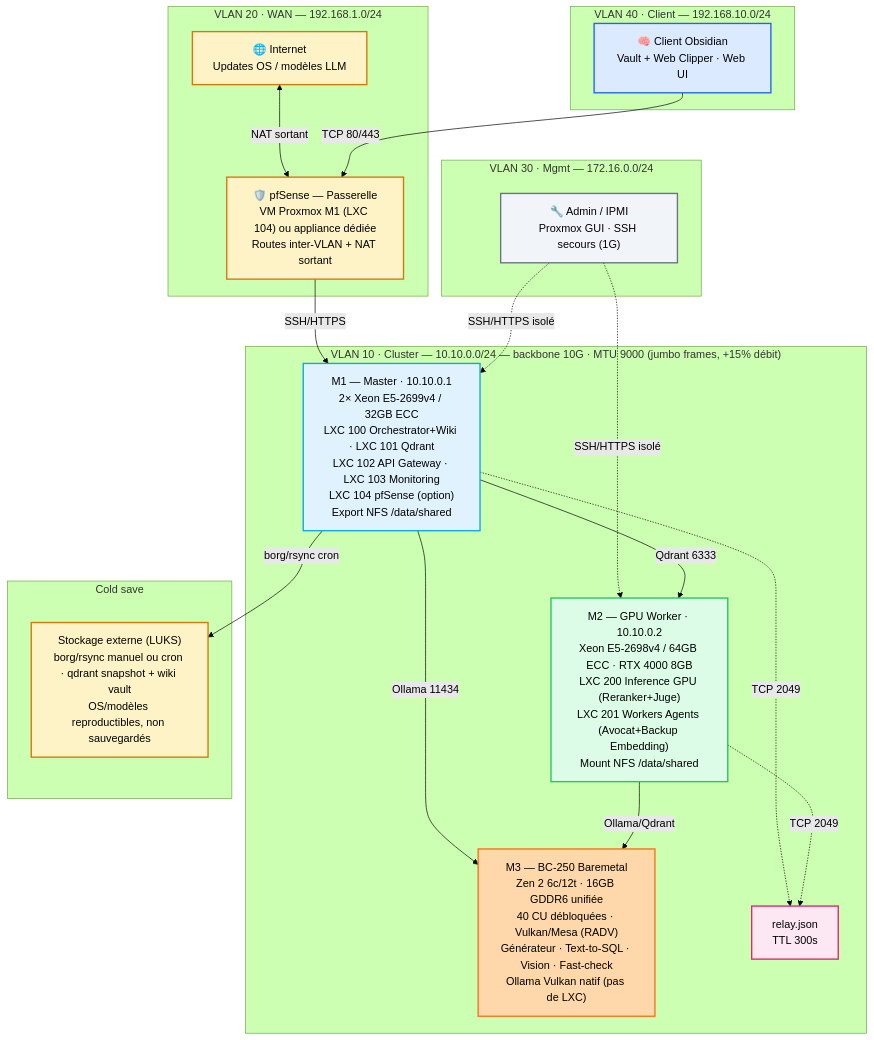
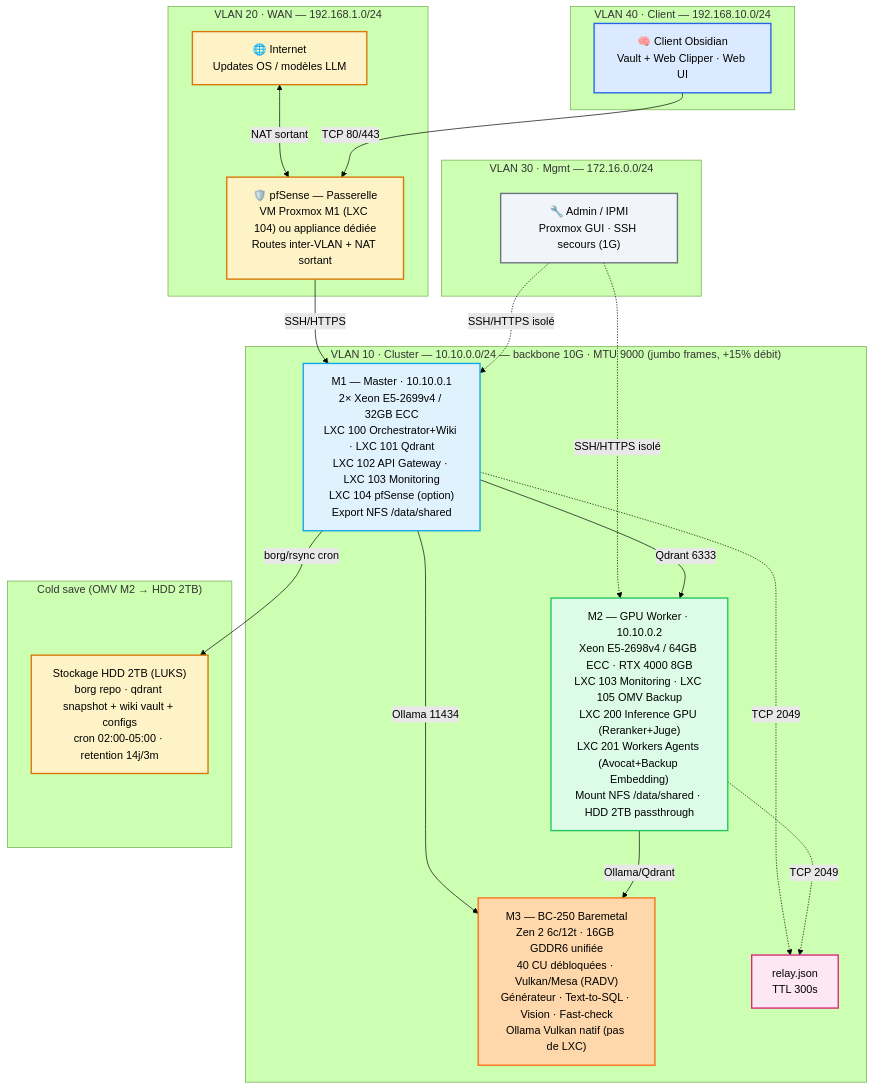
The fifth of 6 diagrams in README.md (chelmooz/rag-multi-agent-cluster), drawn with Mermaid (forest theme) before and after one commit. The commit also changed other lines of this file and 6 other files, not shown here.

Commit message:
docs: backup OMV restauré M2 LXC 105 (HDD 2TB) + diagrams & backlog à jour, nginx retiré (pfSense reverse proxy)

````diff
--- a/README.md
+++ b/README.md
@@ -239,47 +267,47 @@
 ```mermaid
 flowchart TB
     classDef wan fill:#fef3c7,stroke:#d97706,stroke-width:2px
     classDef client fill:#dbeafe,stroke:#2563eb,stroke-width:2px
     classDef mgmt fill:#f1f5f9,stroke:#6b7280,stroke-width:2px
     classDef m1 fill:#e0f2fe,stroke:#0ea5e9,stroke-width:2px
     classDef m2 fill:#dcfce7,stroke:#22c55e,stroke-width:2px
     classDef m3 fill:#fed7aa,stroke:#f97316,stroke-width:2px
     classDef relay fill:#fce7f3,stroke:#db2777,stroke-width:2px
     classDef cold fill:#fef3c7,stroke:#d97706,stroke-width:2px
 
     subgraph VLAN20["VLAN 20 · WAN — 192.168.1.0/24"]
         Internet["🌐 Internet<br/>Updates OS / modèles LLM"]:::wan
         pfSense["🛡️ pfSense — Passerelle<br/>VM Proxmox M1 (LXC 104) ou appliance dédiée<br/>Routes inter-VLAN + NAT sortant"]:::wan
     end
 
     subgraph VLAN40["VLAN 40 · Client — 192.168.10.0/24"]
         Obsidian["🧠 Client Obsidian<br/>Vault + Web Clipper · Web UI"]:::client
     end
 
     subgraph VLAN30["VLAN 30 · Mgmt — 172.16.0.0/24"]
         Admin["🔧 Admin / IPMI<br/>Proxmox GUI · SSH secours (1G)"]:::mgmt
     end
 
-    subgraph VLAN10["VLAN 10 · Cluster — 10.10.0.0/24 — backbone 10G · MTU 9000 (jumbo frames, +15% débit)"]
+subgraph VLAN10["VLAN 10 · Cluster — 10.10.0.0/24 — backbone 10G · MTU 9000 (jumbo frames, +15% débit)"]
         M1["M1 — Master · 10.10.0.1<br/>2× Xeon E5-2699v4 / 32GB ECC<br/>LXC 100 Orchestrator+Wiki · LXC 101 Qdrant<br/>LXC 102 API Gateway · LXC 103 Monitoring<br/>LXC 104 pfSense (option)<br/>Export NFS /data/shared"]:::m1
-        M2["M2 — GPU Worker · 10.10.0.2<br/>Xeon E5-2698v4 / 64GB ECC · RTX 4000 8GB<br/>LXC 200 Inference GPU (Reranker+Juge)<br/>LXC 201 Workers Agents (Avocat+Backup Embedding)<br/>Mount NFS /data/shared"]:::m2
+        M2["M2 — GPU Worker · 10.10.0.2<br/>Xeon E5-2698v4 / 64GB ECC · RTX 4000 8GB<br/>LXC 103 Monitoring · LXC 105 OMV Backup<br/>LXC 200 Inference GPU (Reranker+Juge)<br/>LXC 201 Workers Agents (Avocat+Backup Embedding)<br/>Mount NFS /data/shared · HDD 2TB passthrough"]:::m2
         M3["M3 — BC-250 Baremetal<br/>Zen 2 6c/12t · 16GB GDDR6 unifiée<br/>40 CU débloquées · Vulkan/Mesa (RADV)<br/>Générateur · Text-to-SQL · Vision · Fast-check<br/>Ollama Vulkan natif (pas de LXC)"]:::m3
         Relay["relay.json<br/>TTL 300s"]:::relay
     end
 
-    subgraph COLDBOX["Cold save"]
-        HDD["Stockage externe (LUKS)<br/>borg/rsync manuel ou cron · qdrant snapshot + wiki vault<br/>OS/modèles reproductibles, non sauvegardés"]:::cold
+    subgraph COLDBOX["Cold save (OMV M2 → HDD 2TB)"]
+        HDD["Stockage HDD 2TB (LUKS)<br/>borg repo · qdrant snapshot + wiki vault + configs<br/>cron 02:00-05:00 · retention 14j/3m"]:::cold
     end
 
     Internet <--> |NAT sortant| pfSense
     Obsidian -->|TCP 80/443| pfSense
     pfSense -->|SSH/HTTPS| M1
     Admin -.->|SSH/HTTPS isolé| M1
     Admin -.->|SSH/HTTPS isolé| M2
     M1 -->|Qdrant 6333| M2
     M1 -->|Ollama 11434| M3
     M2 -->|Ollama/Qdrant| M3
     M1 -.->|TCP 2049| Relay
     M2 -.->|TCP 2049| Relay
     M1 -->|borg/rsync cron| HDD
 ```
````
